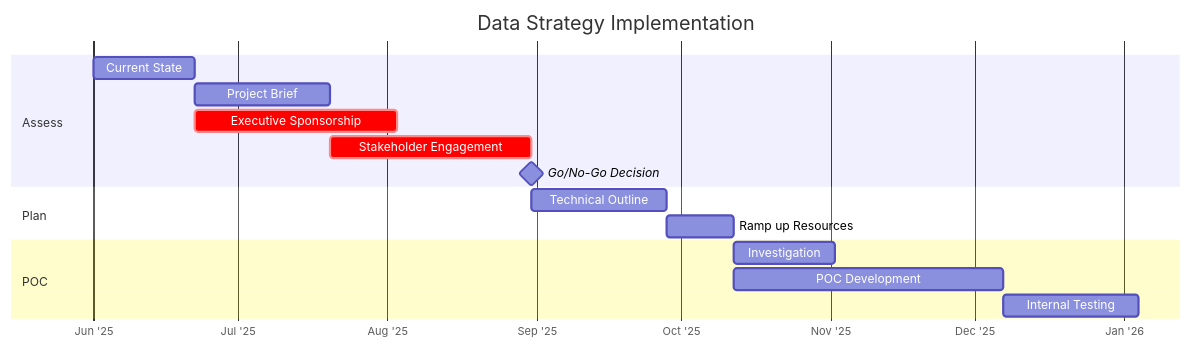
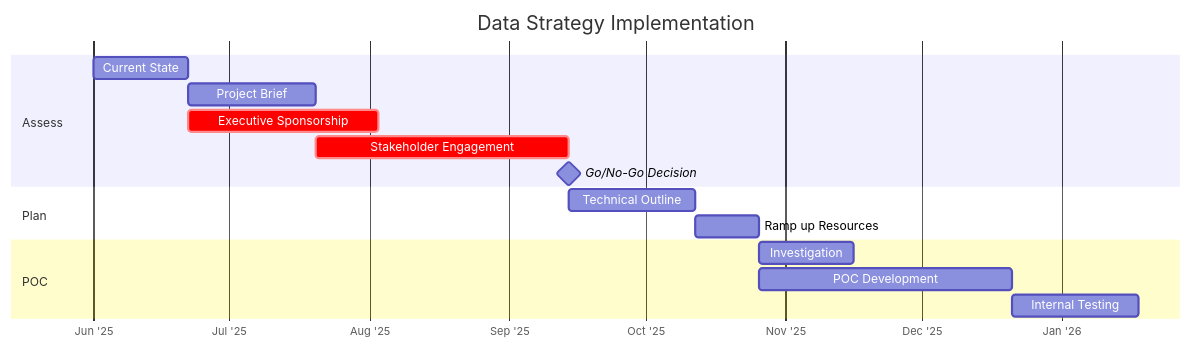
Before and after one commit to robertsweetman/data-strategy-presentation: the first of 2 diagrams in src/slide_5_5.md, drawn with Mermaid. The commit also changed other lines of this file and 3 other files, not shown here.

````diff
--- a/src/slide_5_5.md
+++ b/src/slide_5_5.md
@@ -94,23 +94,23 @@
 ```mermaid
 gantt
     title Data Strategy Implementation
     dateFormat YYYY-MM-DD
     axisFormat %b '%y
     tickInterval 1month
     
     section Assess
     Current State   :a1, 2025-06-01, 3w
     Project Brief   :a2, after a1, 4w
     Executive Sponsorship :crit, a2a, after a1, 6w
-    Stakeholder Engagement :crit, a2b, after a2, 6w
+    Stakeholder Engagement :crit, a2b, after a2, 8w
     Go/No-Go Decision :milestone, a2c, after a2b, 0d
    
     section Plan
     Technical Outline :a3, after a2b, 4w
     Ramp up Resources :a4, after a3, 2w
     
     section POC
     Investigation   :a5, after a4, 3w
     POC Development   :a6, after a4, 8w
     Internal Testing :a7, after a6, 4w
 ```
````
